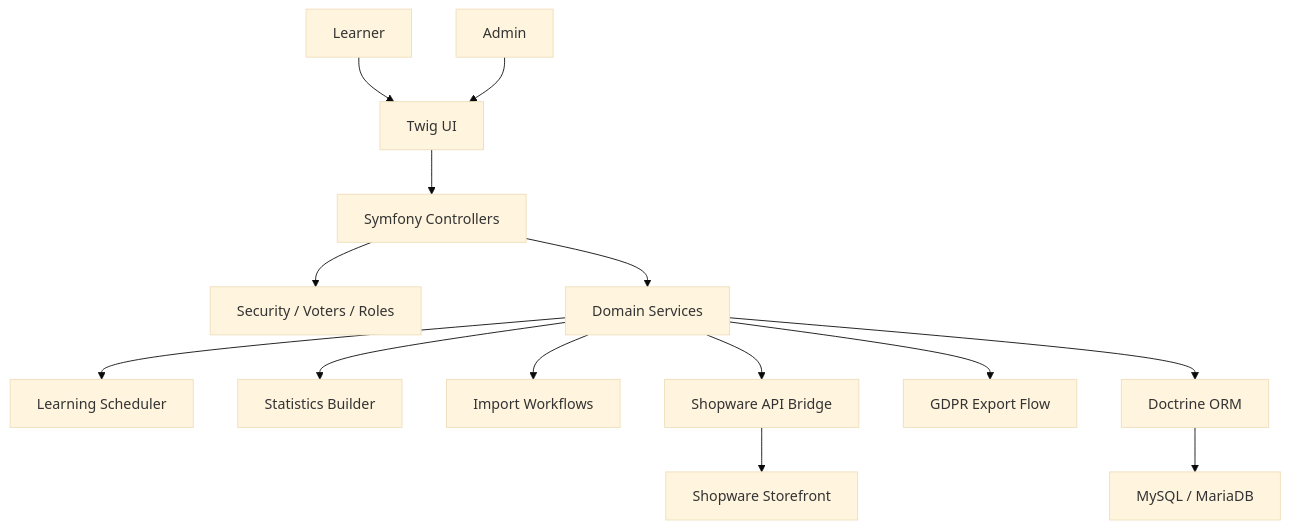
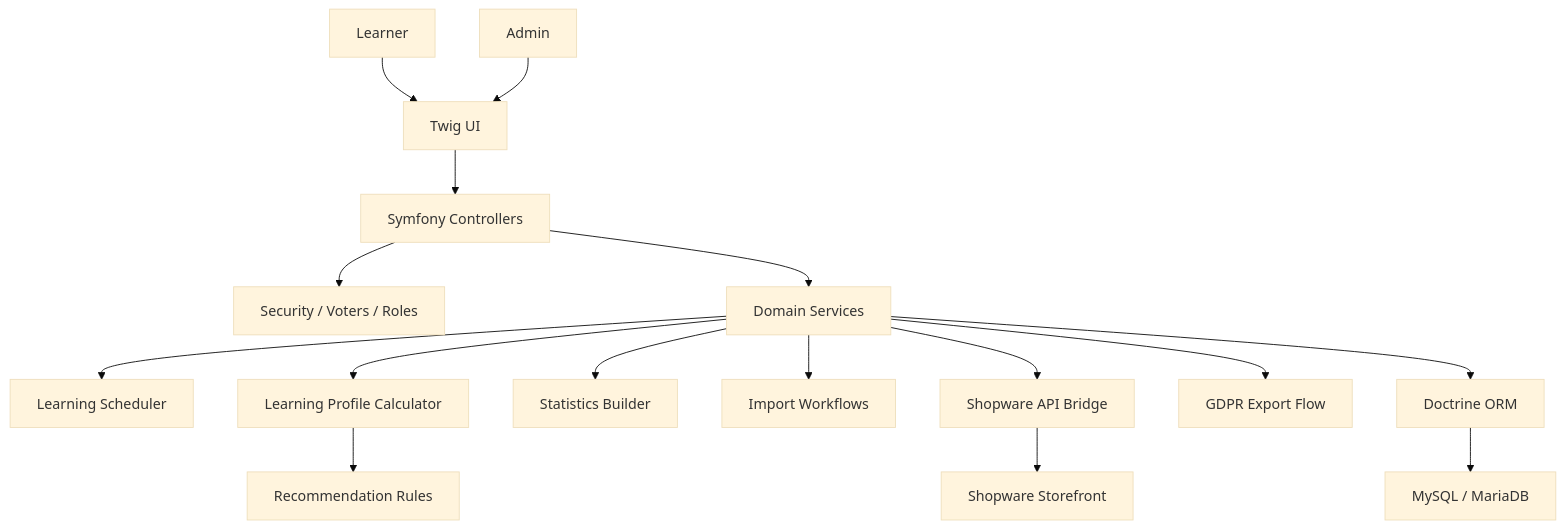
Before and after one commit to roadynet/skillbuilder-showcase: the first of 2 diagrams in docs/architecture.md, drawn with Mermaid (base theme). The commit also changed other lines of this file and 10 other files, not shown here.

Commit message:
Showcase learning profile features

````diff
--- a/docs/architecture.md
+++ b/docs/architecture.md
@@ -5,16 +5,18 @@
 ```mermaid
 flowchart TD
     User["Learner"] --> UI["Twig UI"]
     Admin["Admin"] --> UI
     UI --> Controller["Symfony Controllers"]
     Controller --> Security["Security / Voters / Roles"]
     Controller --> Services["Domain Services"]
     Services --> Scheduler["Learning Scheduler"]
+    Services --> Profile["Learning Profile Calculator"]
+    Profile --> Recommendations["Recommendation Rules"]
     Services --> Stats["Statistics Builder"]
     Services --> Imports["Import Workflows"]
     Services --> Shopware["Shopware API Bridge"]
     Services --> GDPR["GDPR Export Flow"]
     Services --> Doctrine["Doctrine ORM"]
     Shopware --> Storefront["Shopware Storefront"]
     Doctrine --> DB["MySQL / MariaDB"]
 ```
````
